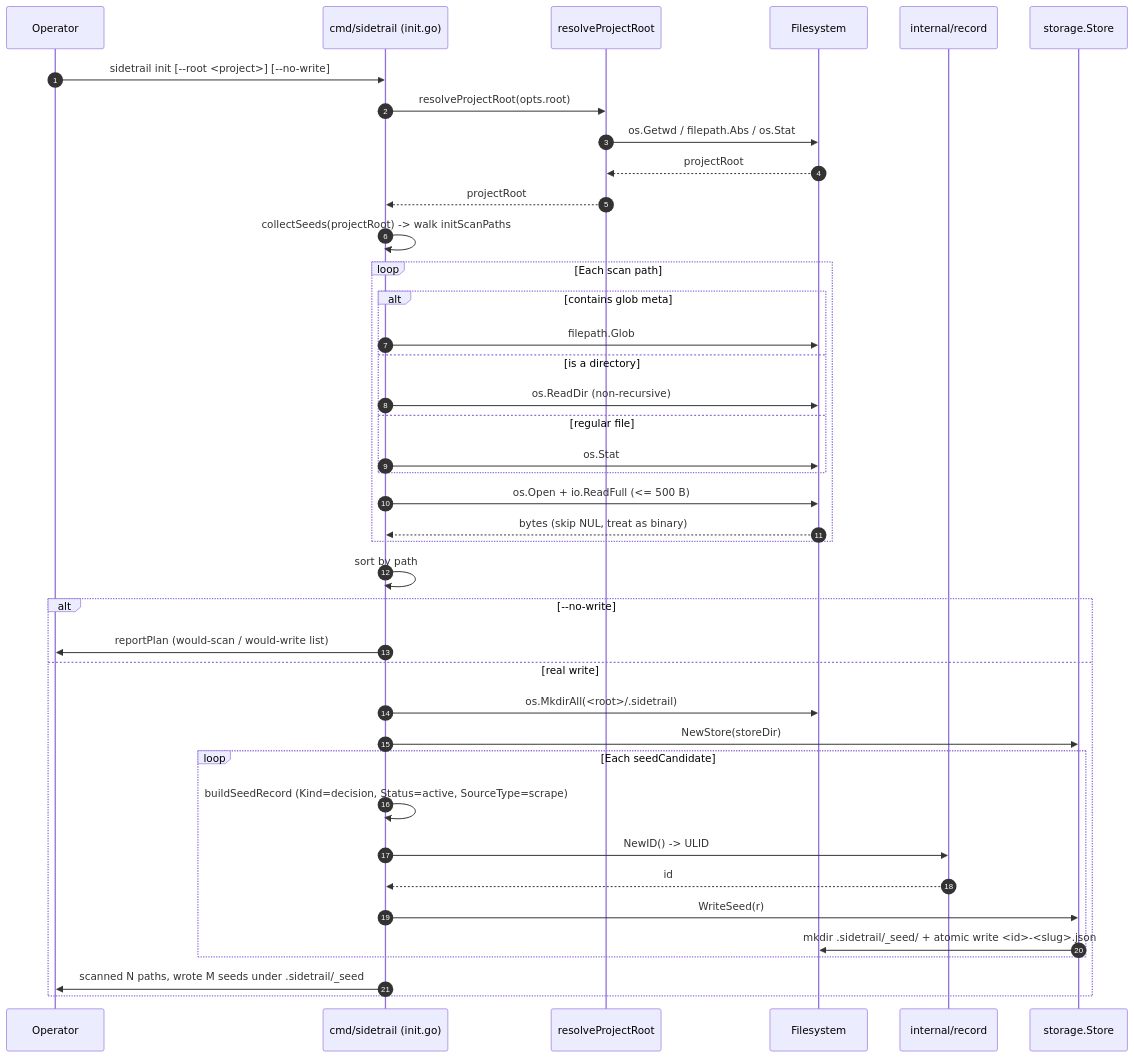
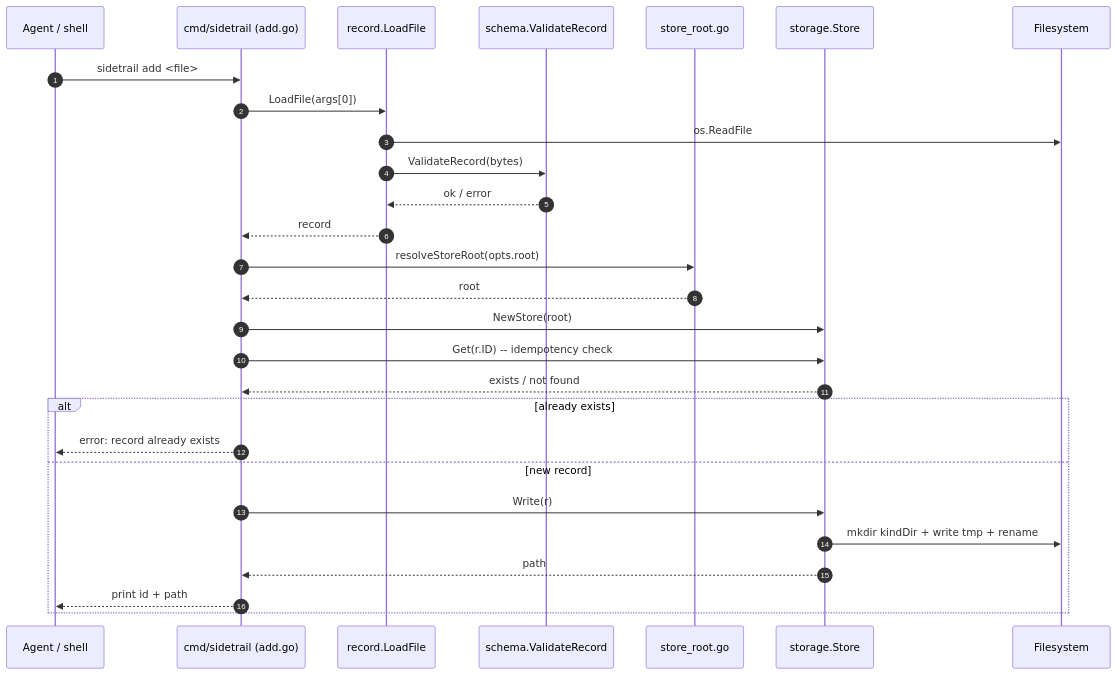
The second of 3 diagrams in docs/architecture/sequences.md (SincereMa/sidetrail), drawn with Mermaid before and after one commit. The commit also changed other lines of this file and 43 other files, not shown here.

First line of the commit message:
refactor: simplify CLI from 13 commands to 5 agent-driven commands (#23)

````diff
--- a/docs/architecture/sequences.md
+++ b/docs/architecture/sequences.md
@@ -61,44 +59,31 @@
 ```mermaid
 sequenceDiagram
   autonumber
-  participant U as Operator
-  participant CLI as cmd/sidetrail (init.go)
-  participant PR as resolveProjectRoot
+  participant U as Agent / shell
+  participant CLI as cmd/sidetrail (add.go)
+  participant LOAD as record.LoadFile
+  participant SCH as schema.ValidateRecord
+  participant SR as store_root.go
+  participant STO as storage.Store
   participant FS as Filesystem
-  participant REC as internal/record
-  participant STO as storage.Store
 
-  U->>CLI: sidetrail init [--root <project>] [--no-write]
-  CLI->>PR: resolveProjectRoot(opts.root)
-  PR->>FS: os.Getwd / filepath.Abs / os.Stat
-  FS-->>PR: projectRoot
-  PR-->>CLI: projectRoot
-  CLI->>CLI: collectSeeds(projectRoot) -> walk initScanPaths
-  loop Each scan path
-    alt contains glob meta
-      CLI->>FS: filepath.Glob
-    else is a directory
-      CLI->>FS: os.ReadDir (non-recursive)
-    else regular file
-      CLI->>FS: os.Stat
-    end
-    CLI->>FS: os.Open + io.ReadFull (<= 500 B)
-    FS-->>CLI: bytes (skip NUL, treat as binary)
-  end
-  CLI->>CLI: sort by path
-
-  alt --no-write
-    CLI->>U: reportPlan (would-scan / would-write list)
-  else real write
-    CLI->>FS: os.MkdirAll(<root>/.sidetrail)
-    CLI->>STO: NewStore(storeDir)
-    loop Each seedCandidate
-      CLI->>CLI: buildSeedRecord (Kind=decision, Status=active, SourceType=scrape)
-      CLI->>REC: NewID() -> ULID
-      REC-->>CLI: id
-      CLI->>STO: WriteSeed(r)
-      STO->>FS: mkdir .sidetrail/_seed/ + atomic write <id>-<slug>.json
-    end
-    CLI->>U: scanned N paths, wrote M seeds under .sidetrail/_seed
+  U->>CLI: sidetrail add <file>
+  CLI->>LOAD: LoadFile(args[0])
+  LOAD->>FS: os.ReadFile
+  LOAD->>SCH: ValidateRecord(bytes)
+  SCH-->>LOAD: ok / error
+  LOAD-->>CLI: record
+  CLI->>SR: resolveStoreRoot(opts.root)
+  SR-->>CLI: root
+  CLI->>STO: NewStore(root)
+  CLI->>STO: Get(r.ID) -- idempotency check
+  STO-->>CLI: exists / not found
+  alt already exists
+    CLI-->>U: error: record already exists
+  else new record
+    CLI->>STO: Write(r)
+    STO->>FS: mkdir kindDir + write tmp + rename
+    STO-->>CLI: path
+    CLI-->>U: print id + path
   end
 ```
````
